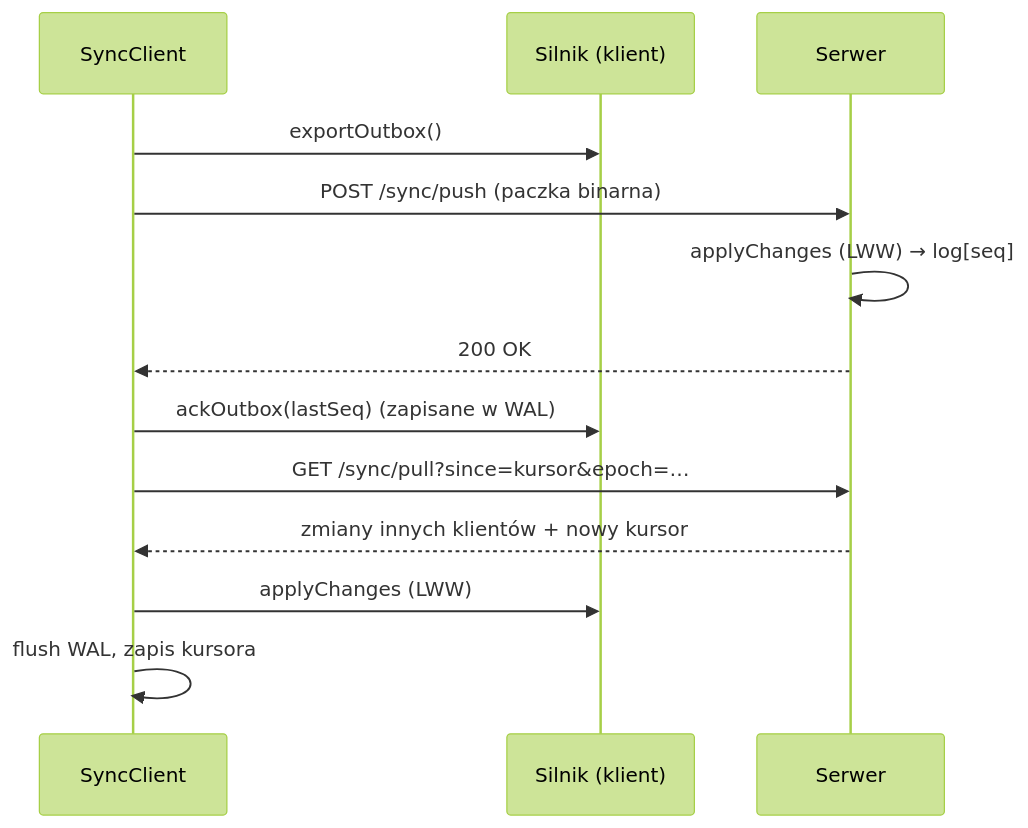
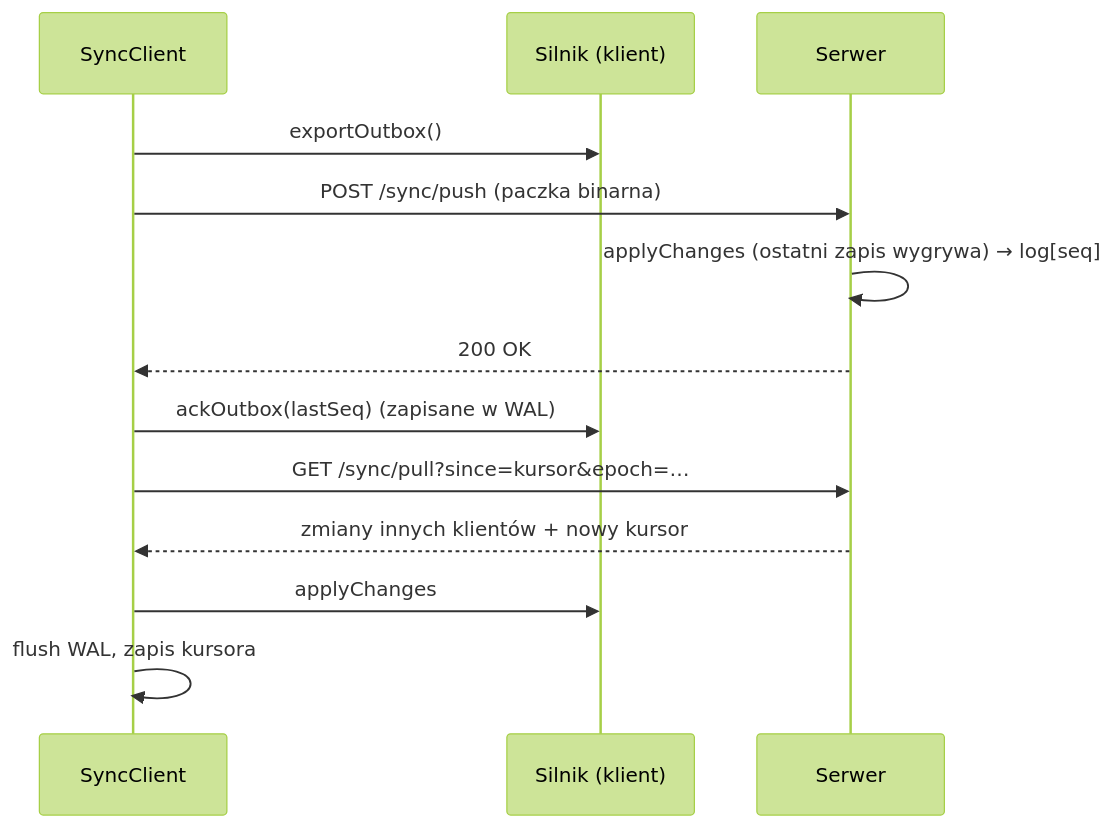
One commit to best-team-8/dbms-rust-wasm changed the fourth of 4 diagrams in README.md. Above: the diagram before and after it, drawn with Mermaid (forest theme). The commit also changed other lines of this file and 63 other files, not shown here.

````diff
--- a/README.md
+++ b/README.md
@@ -249,15 +102,15 @@
 ```mermaid
 sequenceDiagram
   participant C as SyncClient
   participant E as Silnik (klient)
   participant H as Serwer
   C->>E: exportOutbox()
   C->>H: POST /sync/push (paczka binarna)
-  H->>H: applyChanges (LWW) → log[seq]
+  H->>H: applyChanges (ostatni zapis wygrywa) → log[seq]
   H-->>C: 200 OK
   C->>E: ackOutbox(lastSeq) (zapisane w WAL)
   C->>H: GET /sync/pull?since=kursor&epoch=…
   H-->>C: zmiany innych klientów + nowy kursor
-  C->>E: applyChanges (LWW)
+  C->>E: applyChanges
   C->>C: flush WAL, zapis kursora
 ```
````
